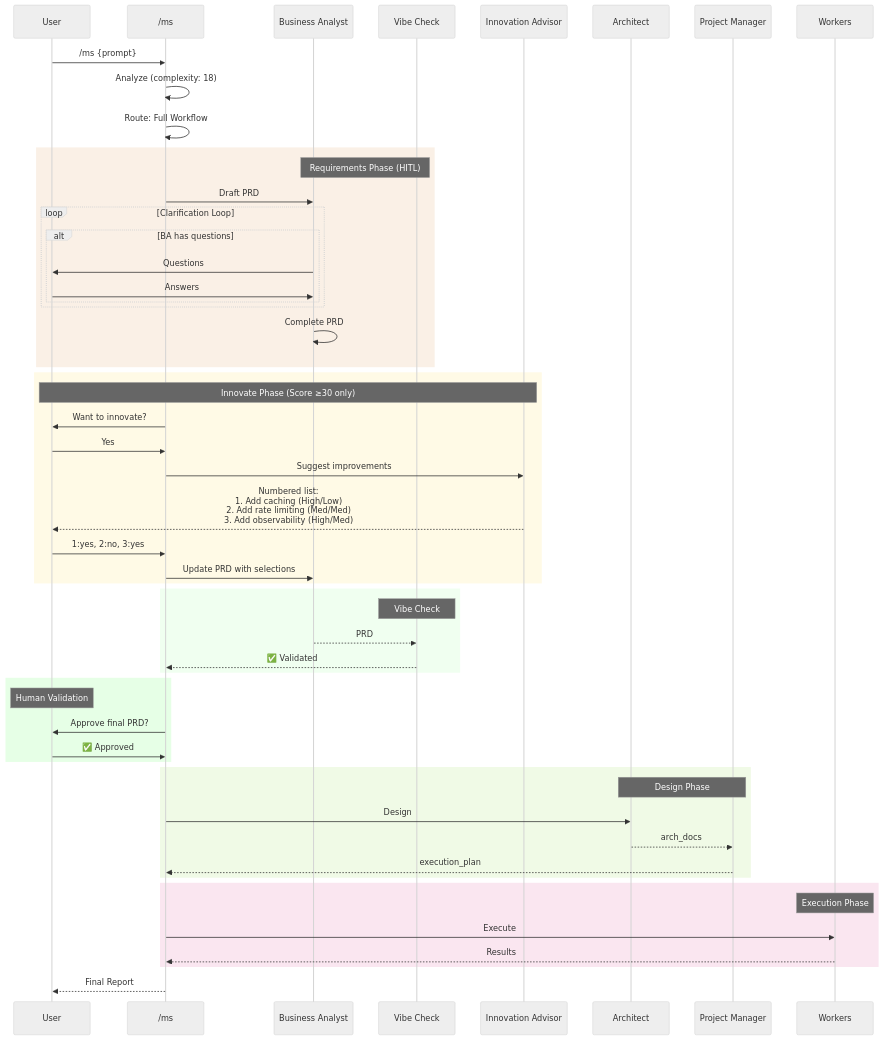
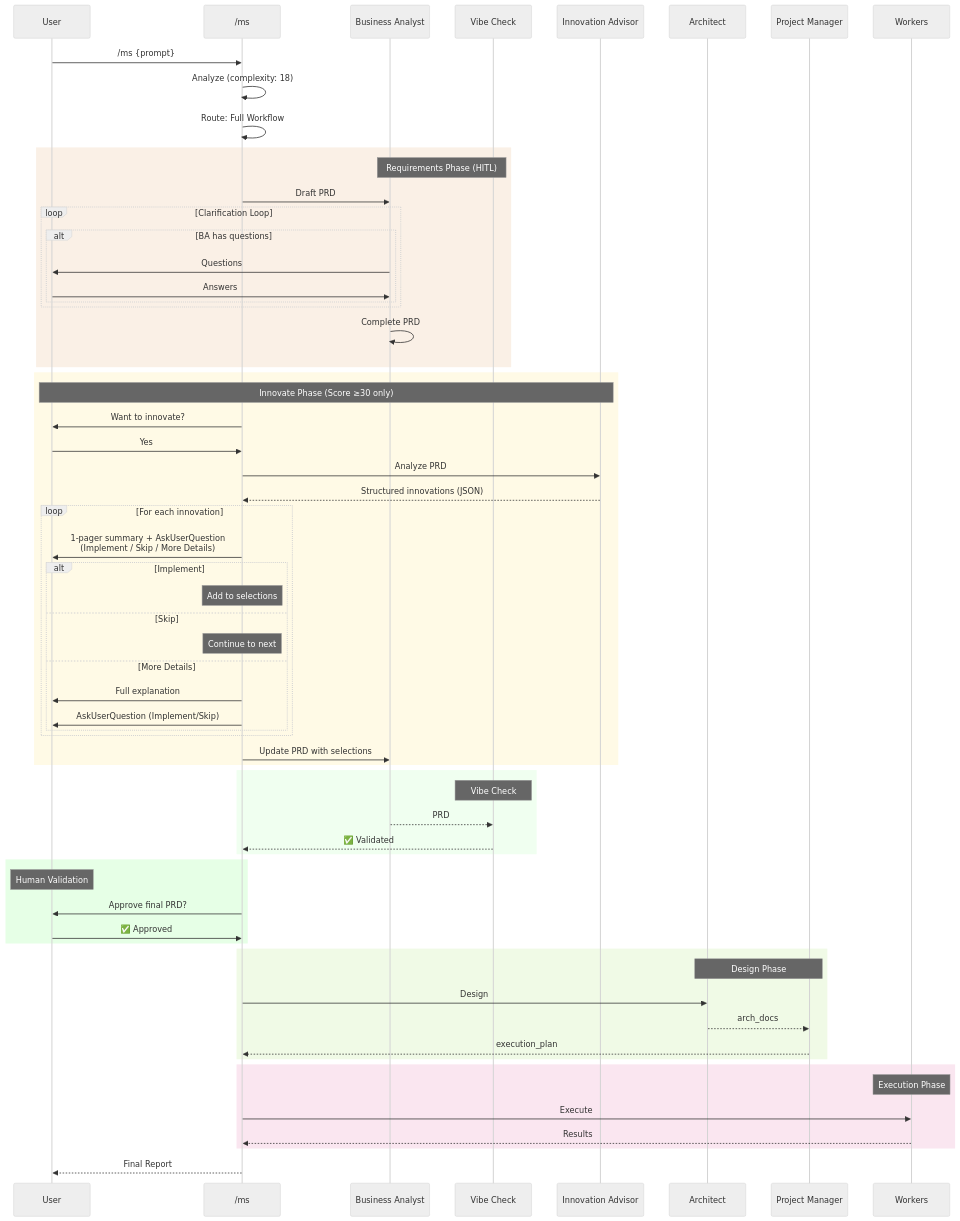
Before and after one commit to metasaver/metasaver-marketplace: the third of 3 diagrams in docs/ms-command-target-state.md, drawn with Mermaid (neutral theme). The commit also changed 94 other files, not shown here.

````diff
--- a/docs/ms-command-target-state.md
+++ b/docs/ms-command-target-state.md
@@ -145,64 +145,74 @@
 ```mermaid
 sequenceDiagram
     participant U as User
     participant MS as /ms
     participant BA as Business Analyst
     participant VC as Vibe Check
     participant IA as Innovation Advisor
     participant AR as Architect
     participant PM as Project Manager
     participant W as Workers
 
     U->>MS: /ms {prompt}
     MS->>MS: Analyze (complexity: 18)
     MS->>MS: Route: Full Workflow
 
     rect rgb(250, 240, 230)
         Note over BA,VC: Requirements Phase (HITL)
         MS->>BA: Draft PRD
         loop Clarification Loop
             alt BA has questions
                 BA->>U: Questions
                 U->>BA: Answers
             end
         end
         BA->>BA: Complete PRD
     end
 
     rect rgb(255, 250, 230)
         Note over U,IA: Innovate Phase (Score ≥30 only)
         MS->>U: Want to innovate?
         U->>MS: Yes
-        MS->>IA: Suggest improvements
-        IA-->>U: Numbered list:<br/>1. Add caching (High/Low)<br/>2. Add rate limiting (Med/Med)<br/>3. Add observability (High/Med)
-        U->>MS: 1:yes, 2:no, 3:yes
+        MS->>IA: Analyze PRD
+        IA-->>MS: Structured innovations (JSON)
+        loop For each innovation
+            MS->>U: 1-pager summary + AskUserQuestion<br/>(Implement / Skip / More Details)
+            alt Implement
+                Note over MS: Add to selections
+            else Skip
+                Note over MS: Continue to next
+            else More Details
+                MS->>U: Full explanation
+                MS->>U: AskUserQuestion (Implement/Skip)
+            end
+        end
         MS->>BA: Update PRD with selections
     end
 
     rect rgb(240, 255, 240)
         Note over VC: Vibe Check
         BA-->>VC: PRD
         VC-->>MS: ✅ Validated
     end
 
     rect rgb(230, 255, 230)
         Note over U: Human Validation
         MS->>U: Approve final PRD?
         U->>MS: ✅ Approved
     end
 
     rect rgb(240, 250, 230)
         Note over AR,PM: Design Phase
         MS->>AR: Design
         AR-->>PM: arch_docs
         PM-->>MS: execution_plan
     end
 
     rect rgb(250, 230, 240)
         Note over W: Execution Phase
         MS->>W: Execute
         W-->>MS: Results
     end
 
     MS-->>U: Final Report
 ```
````
